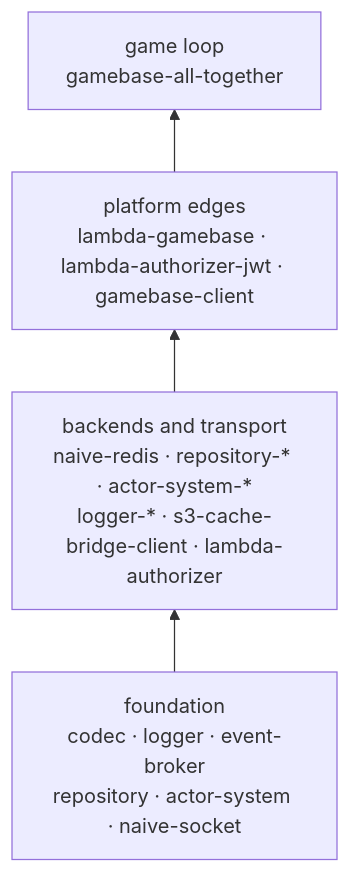
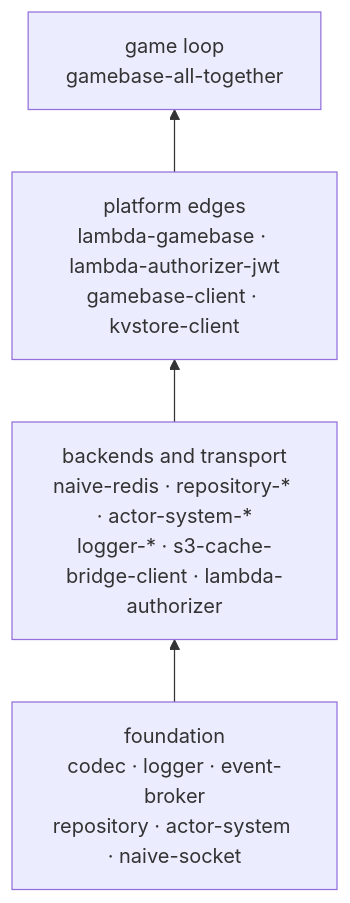
One commit to yingyeothon/tslib changed the third of 3 diagrams in docs/platform.md. Above: the diagram before and after it, drawn with Mermaid. The commit also changed other lines of this file and 31 other files, not shown here.

First line of the commit message:
Add @yingyeothon/kvstore-client for the yyt key-value store

````diff
--- a/docs/platform.md
+++ b/docs/platform.md
@@ -127,10 +127,10 @@
 ```mermaid
 flowchart BT
   found["foundation<br/>codec · logger · event-broker<br/>repository · actor-system · naive-socket"]
   back["backends and transport<br/>naive-redis · repository-* · actor-system-*<br/>logger-* · s3-cache-bridge-client · lambda-authorizer"]
-  edge["platform edges<br/>lambda-gamebase · lambda-authorizer-jwt · gamebase-client"]
+  edge["platform edges<br/>lambda-gamebase · lambda-authorizer-jwt<br/>gamebase-client · kvstore-client"]
   loop["game loop<br/>gamebase-all-together"]
   found --> back
   back --> edge
   edge --> loop
 ```
````
